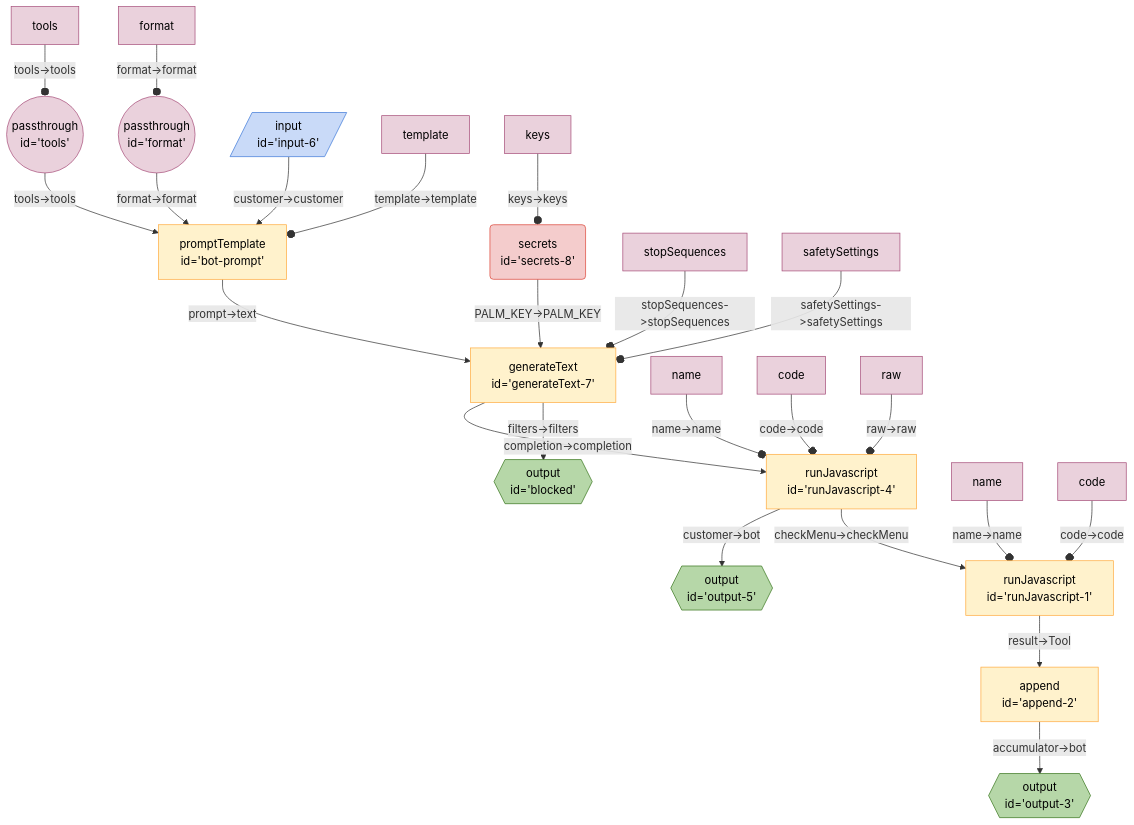
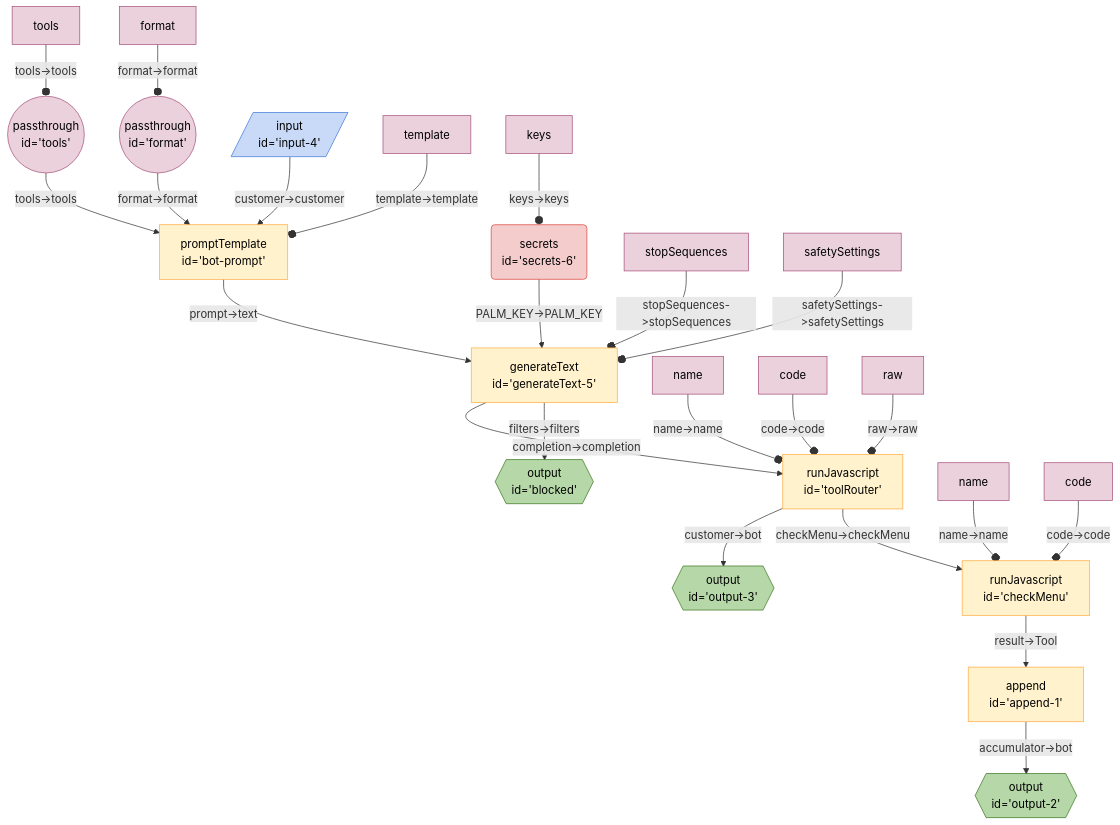
One commit to breadboard-ai/breadboard changed the diagram in seeds/coffe-bot-board/docs/coffee-bot-v2.md. Above: the diagram before and after it, drawn with Mermaid. The commit also changed 2 other files, not shown here.

Commit message:
[coffee-bot-board] Label nodes a bit better.

````diff
--- a/seeds/coffe-bot-board/docs/coffee-bot-v2.md
+++ b/seeds/coffe-bot-board/docs/coffee-bot-v2.md
@@ -3,34 +3,34 @@
 ```mermaid
 %%{init: 'themeVariables': { 'fontFamily': 'Fira Code, monospace' }}%%
 graph TD;
 tools(("passthrough <br> id='tools'")):::passthrough -- "tools->tools" --> botprompt["promptTemplate <br> id='bot-prompt'"]
 format(("passthrough <br> id='format'")):::passthrough -- "format->format" --> botprompt["promptTemplate <br> id='bot-prompt'"]
-append2["append <br> id='append-2'"] -- "accumulator->bot" --> output3{{"output <br> id='output-3'"}}:::output
-runJavascript1["runJavascript <br> id='runJavascript-1'"] -- "result->Tool" --> append2["append <br> id='append-2'"]
-runJavascript4["runJavascript <br> id='runJavascript-4'"] -- "customer->bot" --> output5{{"output <br> id='output-5'"}}:::output
-runJavascript4["runJavascript <br> id='runJavascript-4'"] -- "checkMenu->checkMenu" --> runJavascript1["runJavascript <br> id='runJavascript-1'"]
-generateText7["generateText <br> id='generateText-7'"] -- "completion->completion" --> runJavascript4["runJavascript <br> id='runJavascript-4'"]
-generateText7["generateText <br> id='generateText-7'"] -- "filters->filters" --> blocked{{"output <br> id='blocked'"}}:::output
-secrets8("secrets <br> id='secrets-8'"):::secrets -- "PALM_KEY->PALM_KEY" --> generateText7["generateText <br> id='generateText-7'"]
-botprompt["promptTemplate <br> id='bot-prompt'"] -- "prompt->text" --> generateText7["generateText <br> id='generateText-7'"]
-input6[/"input <br> id='input-6'"/]:::input -- "customer->customer" --> botprompt["promptTemplate <br> id='bot-prompt'"]
+append1["append <br> id='append-1'"] -- "accumulator->bot" --> output2{{"output <br> id='output-2'"}}:::output
+checkMenu["runJavascript <br> id='checkMenu'"] -- "result->Tool" --> append1["append <br> id='append-1'"]
+toolRouter["runJavascript <br> id='toolRouter'"] -- "customer->bot" --> output3{{"output <br> id='output-3'"}}:::output
+toolRouter["runJavascript <br> id='toolRouter'"] -- "checkMenu->checkMenu" --> checkMenu["runJavascript <br> id='checkMenu'"]
+generateText5["generateText <br> id='generateText-5'"] -- "completion->completion" --> toolRouter["runJavascript <br> id='toolRouter'"]
+generateText5["generateText <br> id='generateText-5'"] -- "filters->filters" --> blocked{{"output <br> id='blocked'"}}:::output
+secrets6("secrets <br> id='secrets-6'"):::secrets -- "PALM_KEY->PALM_KEY" --> generateText5["generateText <br> id='generateText-5'"]
+botprompt["promptTemplate <br> id='bot-prompt'"] -- "prompt->text" --> generateText5["generateText <br> id='generateText-5'"]
+input4[/"input <br> id='input-4'"/]:::input -- "customer->customer" --> botprompt["promptTemplate <br> id='bot-prompt'"]
 templatebotprompt[template]:::config -- "template->template" --o botprompt
 toolstools[tools]:::config -- "tools->tools" --o tools
 formatformat[format]:::config -- "format->format" --o format
-namerunJavascript1[name]:::config -- "name->name" --o runJavascript1
-coderunJavascript1[code]:::config -- "code->code" --o runJavascript1
-namerunJavascript4[name]:::config -- "name->name" --o runJavascript4
-coderunJavascript4[code]:::config -- "code->code" --o runJavascript4
-rawrunJavascript4[raw]:::config -- "raw->raw" --o runJavascript4
-stopSequencesgenerateText7[stopSequences]:::config -- "stopSequences->stopSequences" --o generateText7
-safetySettingsgenerateText7[safetySettings]:::config -- "safetySettings->safetySettings" --o generateText7
-keyssecrets8[keys]:::config -- "keys->keys" --o secrets8
+namecheckMenu[name]:::config -- "name->name" --o checkMenu
+codecheckMenu[code]:::config -- "code->code" --o checkMenu
+nametoolRouter[name]:::config -- "name->name" --o toolRouter
+codetoolRouter[code]:::config -- "code->code" --o toolRouter
+rawtoolRouter[raw]:::config -- "raw->raw" --o toolRouter
+stopSequencesgenerateText5[stopSequences]:::config -- "stopSequences->stopSequences" --o generateText5
+safetySettingsgenerateText5[safetySettings]:::config -- "safetySettings->safetySettings" --o generateText5
+keyssecrets6[keys]:::config -- "keys->keys" --o secrets6
 classDef default stroke:#ffab40,fill:#fff2ccff,color:#000
 classDef input stroke:#3c78d8,fill:#c9daf8ff,color:#000
 classDef output stroke:#38761d,fill:#b6d7a8ff,color:#000
 classDef passthrough stroke:#a64d79,fill:#ead1dcff,color:#000
 classDef slot stroke:#a64d79,fill:#ead1dcff,color:#000
 classDef config stroke:#a64d79,fill:#ead1dcff,color:#000
 classDef secrets stroke:#db4437,fill:#f4cccc,color:#000
 classDef slotted stroke:#a64d79
 ```
````
